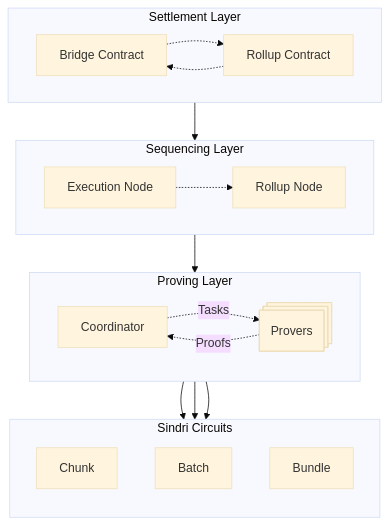
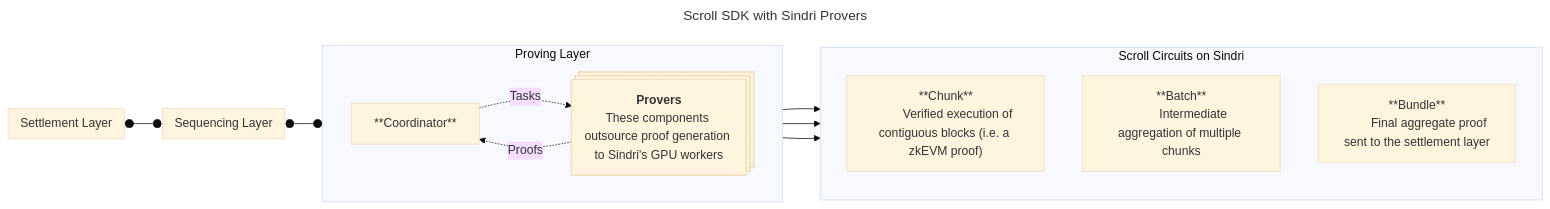
One commit to Sindri-Labs/sindri-scroll-sdk changed the diagram in README.md. Above: the diagram before and after it, drawn with Mermaid (base theme).

Commit message:
revising to emphasize proving component

````diff
--- a/README.md
+++ b/README.md
@@ -14,28 +14,31 @@
 ```mermaid
-graph TB
+---
+title: Scroll SDK with Sindri Provers
+---
+flowchart LR
     subgraph settle[Settlement Layer]
         direction LR
-        BC[Bridge Contract] -.-> RC[Rollup Contract]
-        RC -.-> BC
     end
     subgraph sequence[Sequencing Layer]
         direction LR
-        EN[Execution Node] -.-> RN[Rollup Node]
     end
     subgraph prove[Proving Layer]
         direction LR
-        C[Coordinator] -.->|Tasks| P@{ shape: processes, label: "Provers" }
+        C["**Coordinator**"] -.->|Tasks| P@{ shape: processes, label: "**Provers**\nThese components outsource proof generation to Sindri's GPU workers" }
         P -.->|Proofs| C
     end
-    subgraph sindri[Sindri Circuits]
+    subgraph sindri["Scroll Circuits on Sindri"]
         direction TB
-        Chunk
-        Batch
-        Bundle
+        Chunk["**Chunk**
+        Verified execution of contiguous blocks (i.e. a zkEVM proof)"]
+        Batch["**Batch**
+        Intermediate aggregation of multiple chunks"]
+        Bundle["**Bundle**
+        Final aggregate proof sent to the settlement layer"]
     end
-    settle --> sequence
-    sequence --> prove
+    settle o--o sequence
+    sequence o--o prove
     P --> Chunk
     P --> Batch
     P --> Bundle
 ```
````
